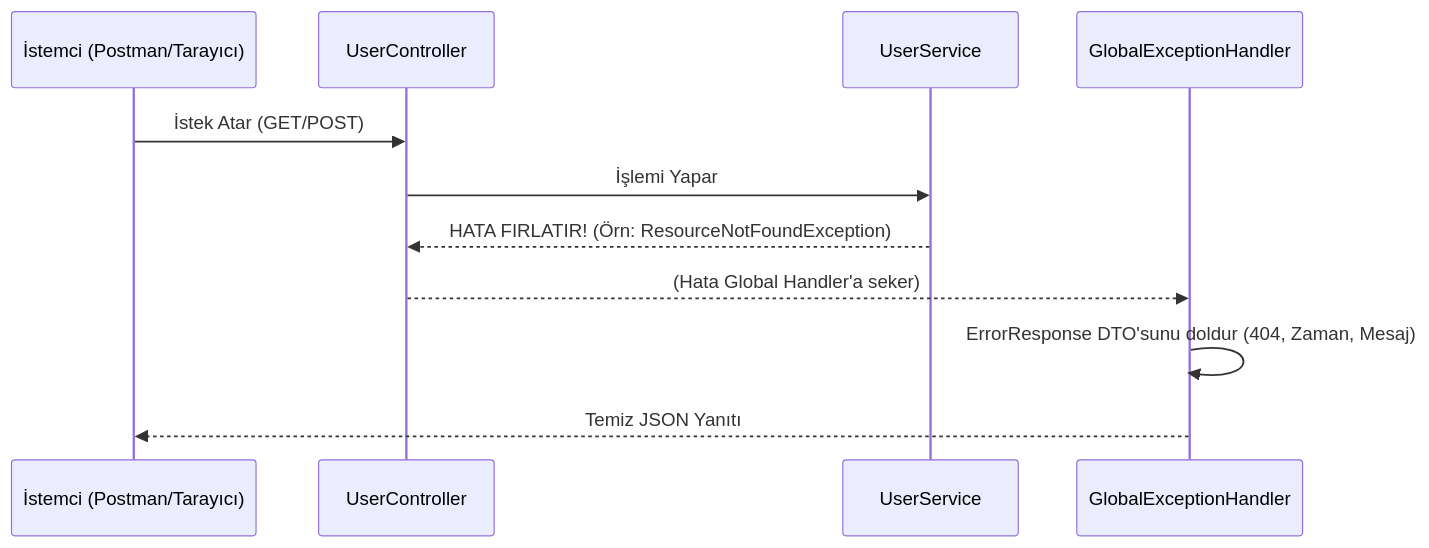
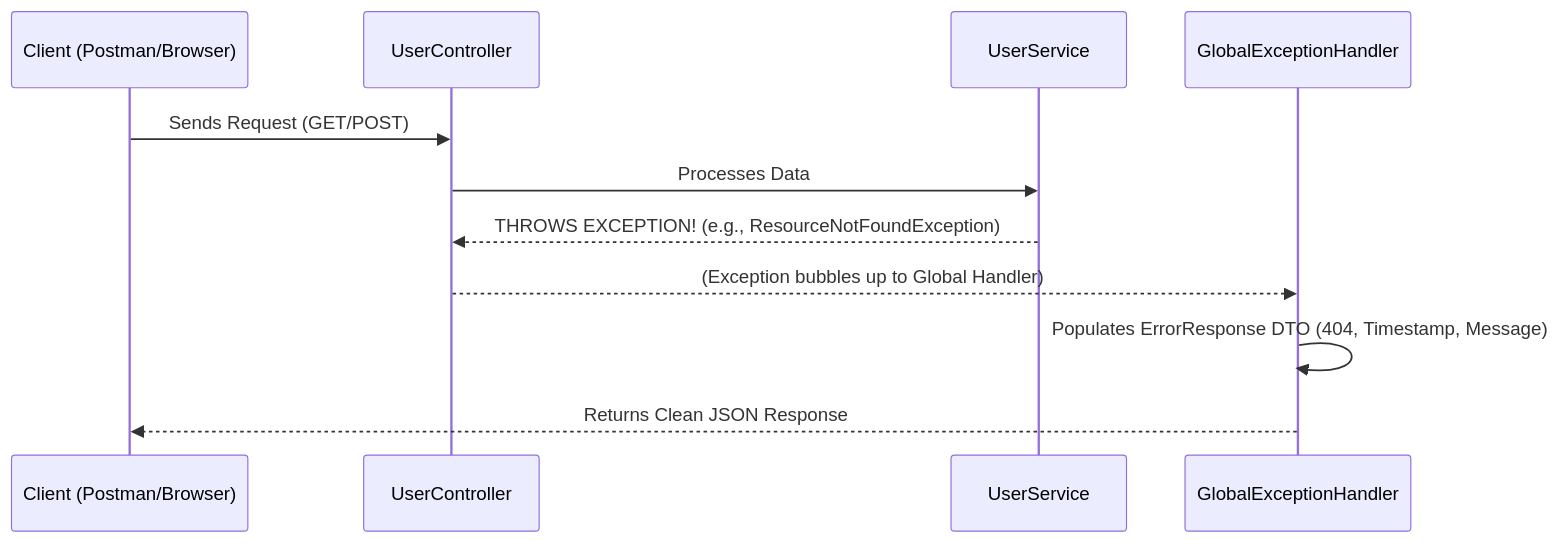
Before and after one commit to meminksr/exception-handling-api: the diagram in README.md, drawn with Mermaid. The commit also changed other lines of this file, not shown here.

````diff
--- a/README.md
+++ b/README.md
@@ -22,14 +22,14 @@
 ```mermaid
 sequenceDiagram
-    participant Client as İstemci (Postman/Tarayıcı)
+    participant Client as Client (Postman/Browser)
     participant Ctrl as UserController
     participant Svc as UserService
     participant GEH as GlobalExceptionHandler
 
-    Client->>Ctrl: İstek Atar (GET/POST)
-    Ctrl->>Svc: İşlemi Yapar
-    Svc-->>Ctrl: HATA FIRLATIR! (Örn: ResourceNotFoundException)
-    Ctrl-->>GEH: (Hata Global Handler'a seker)
-    GEH->>GEH: ErrorResponse DTO'sunu doldur (404, Zaman, Mesaj)
-    GEH-->>Client: Temiz JSON Yanıtı
+    Client->>Ctrl: Sends Request (GET/POST)
+    Ctrl->>Svc: Processes Data
+    Svc-->>Ctrl: THROWS EXCEPTION! (e.g., ResourceNotFoundException)
+    Ctrl-->>GEH: (Exception bubbles up to Global Handler)
+    GEH->>GEH: Populates ErrorResponse DTO (404, Timestamp, Message)
+    GEH-->>Client: Returns Clean JSON Response
 ```
````
